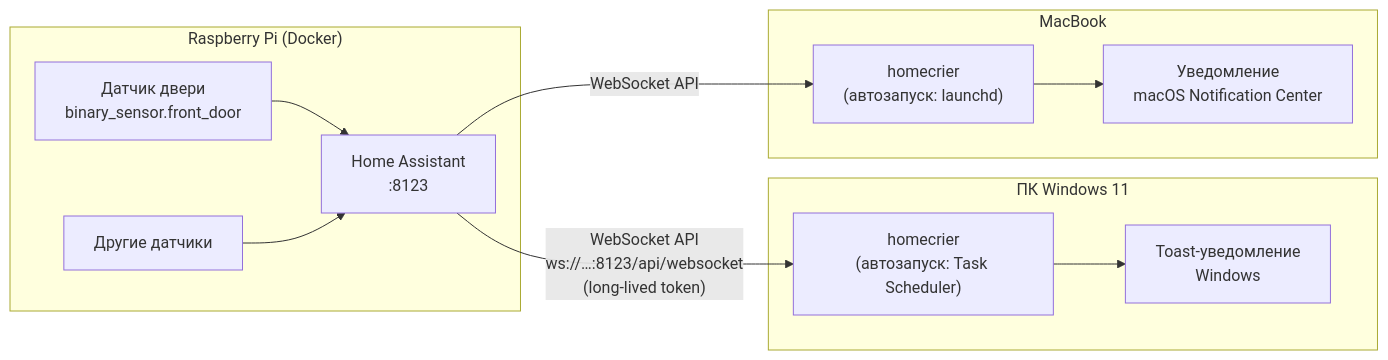
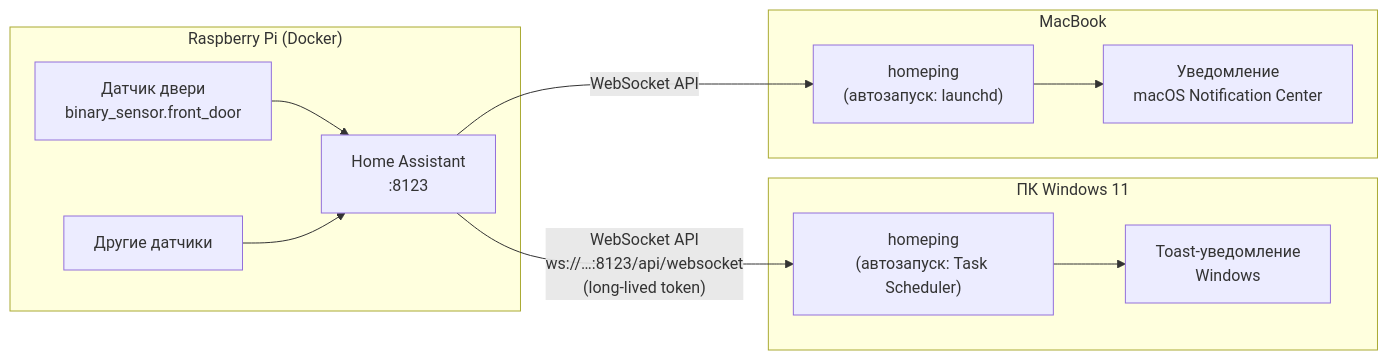
One commit to amur27/ha-homeping changed the first of 2 diagrams in docs/architecture.md. Above: the diagram before and after it, drawn with Mermaid. The commit also changed other lines of this file and 18 other files, not shown here.

````diff
--- a/docs/architecture.md
+++ b/docs/architecture.md
@@ -11,18 +11,18 @@
 ```mermaid
 flowchart LR
     subgraph RPi["Raspberry Pi (Docker)"]
         S1["Датчик двери\nbinary_sensor.front_door"] --> HA["Home Assistant\n:8123"]
         S2["Другие датчики"] --> HA
     end
 
     subgraph Win["ПК Windows 11"]
-        AW["homecrier\n(автозапуск: Task Scheduler)"] --> TW["Toast-уведомление\nWindows"]
+        AW["homeping\n(автозапуск: Task Scheduler)"] --> TW["Toast-уведомление\nWindows"]
     end
 
     subgraph Mac["MacBook"]
-        AM["homecrier\n(автозапуск: launchd)"] --> TM["Уведомление\nmacOS Notification Center"]
+        AM["homeping\n(автозапуск: launchd)"] --> TM["Уведомление\nmacOS Notification Center"]
     end
 
     HA -- "WebSocket API\nws://…:8123/api/websocket\n(long-lived token)" --> AW
     HA -- "WebSocket API" --> AM
 ```
````
